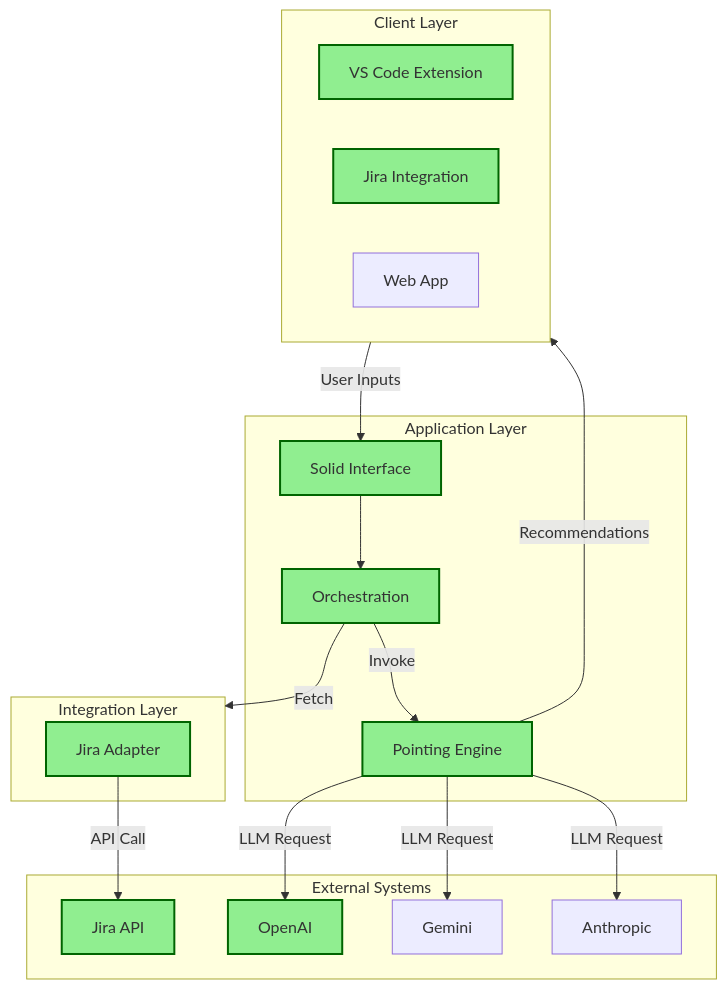
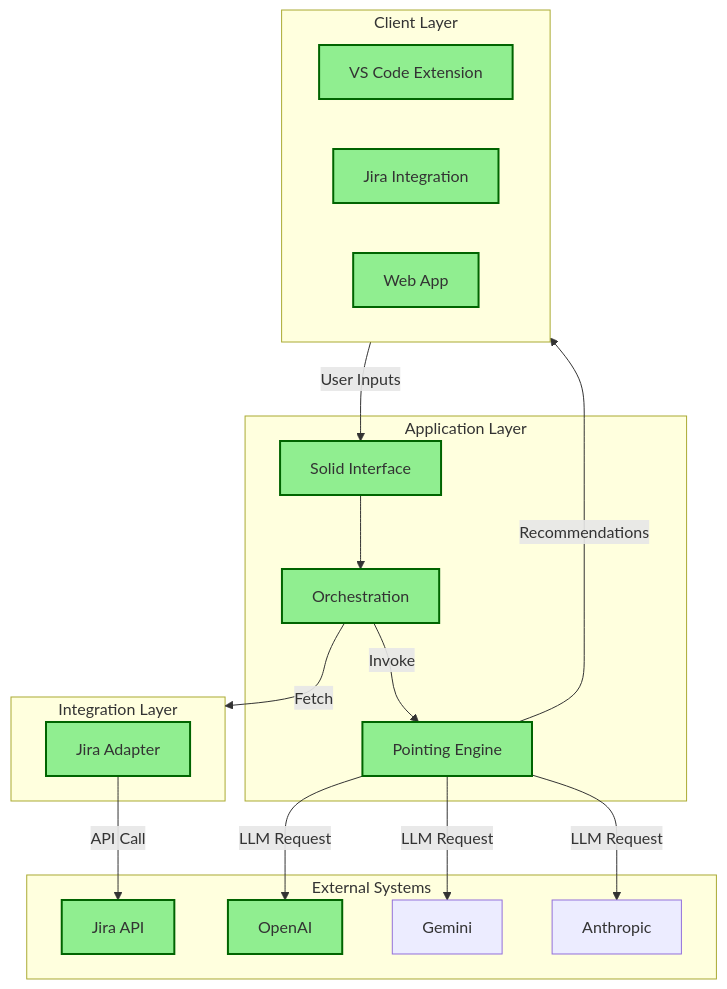
One commit to stevenrein20/point.less changed the diagram in ARCHITECTURE.mmd. Above: the diagram before and after it, drawn with Mermaid. The commit also changed 4 other files, not shown here.

First line of the commit message:
chore: remove example app and update architecture diagram

```diff
--- a/ARCHITECTURE.mmd
+++ b/ARCHITECTURE.mmd
@@ -1,40 +1,38 @@
 
 graph TD
 
 %% Style definitions for completed components
 classDef completed fill:#90EE90,stroke:#006400,stroke-width:2px
 
 subgraph Client[Client Layer]
     UI1[VS Code Extension]:::completed
     UI2[Jira Integration]:::completed
-    %% Web App - Should store context (ref stories, custom instruction). Should also have a way to download it to some file format like .pointless. in local storage. Should authenicate to Jira to pull stories, should have fields to do stories locally too, OpenAI should use my Key and we should have Firebase Auth.
-    UI3[Web App] 
+    UI3[Web App]:::completed
 end
 
 subgraph Logic[Application Layer]
     Interface[Solid Interface]:::completed
     Orchestration[Orchestration]:::completed
     CoreEngine[Pointing Engine]:::completed
 end
 
 subgraph Integration[Integration Layer]
     AdapterJira[Jira Adapter]:::completed
- 
 end
 
 subgraph External[External Systems]
     JiraAPI[Jira API]:::completed
     OpenAI[OpenAI]:::completed
     Gemini[Gemini]
     Anthropic[Anthropic]
 end
 
 Client -->|User Inputs| Interface
 Interface --> Orchestration
 Orchestration -->|Fetch| Integration
 AdapterJira -->|API Call| JiraAPI
 Orchestration -->|Invoke| CoreEngine
 CoreEngine -->|Recommendations| Client
 CoreEngine -->|LLM Request| OpenAI
 CoreEngine -->|LLM Request| Gemini
 CoreEngine -->|LLM Request| Anthropic
```
